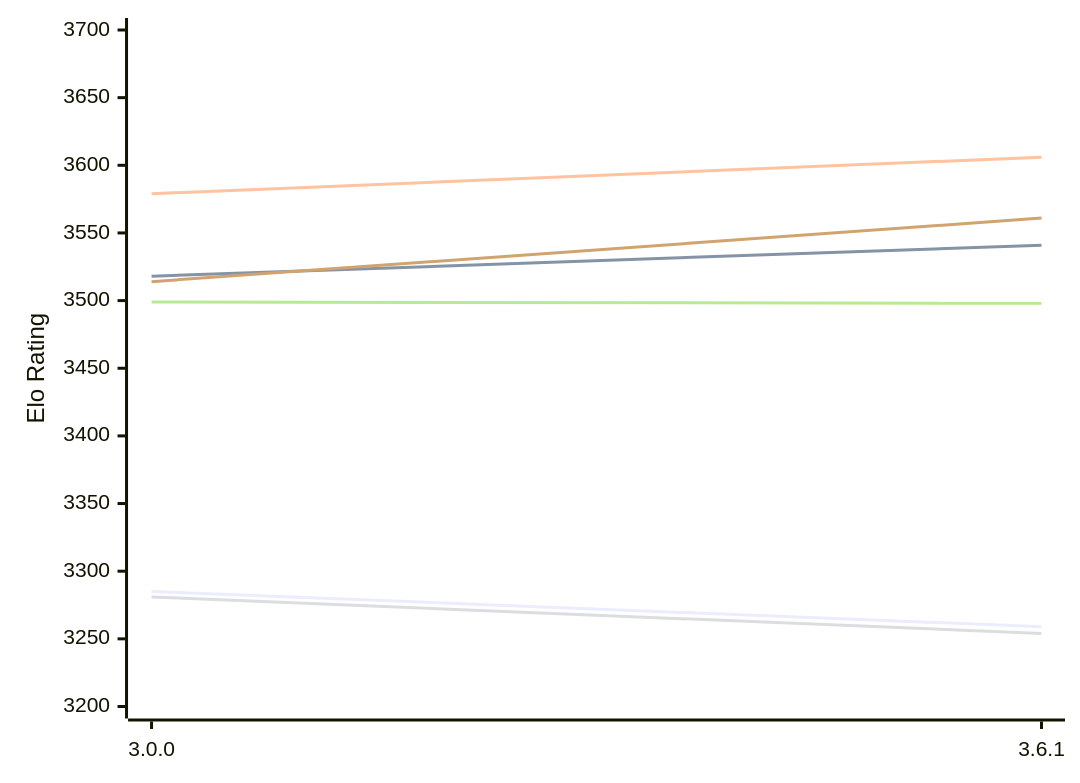
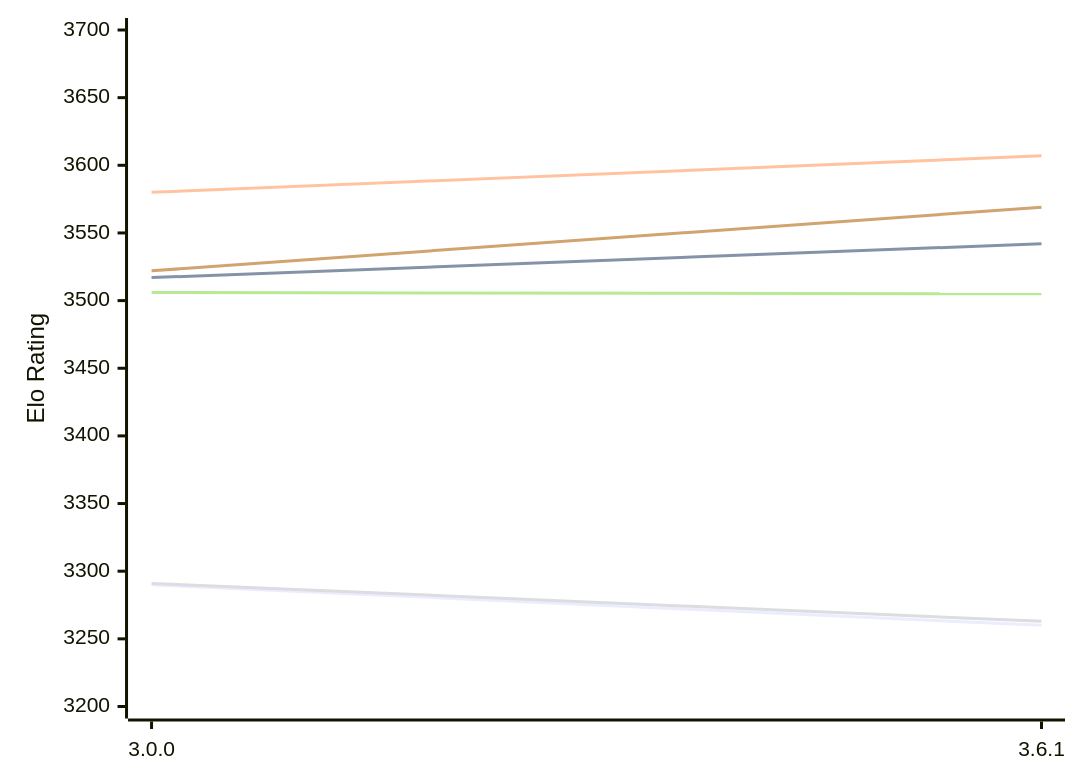
The diagram in engines/Peras.md (computer-chess-index/cci), drawn with Mermaid before and after one commit. The commit also changed other lines of this file, not shown here.

Commit message:
Update CCI Ratings (ELO VLTC) - 2026-11-25

````diff
--- a/engines/Peras.md
+++ b/engines/Peras.md
@@ -49,12 +49,12 @@
 ```mermaid
 %%{init: {"theme":"base","themeVariables":{"seriesColors:['#a3a3a3','#222221','#faa371']}}}%%
 xychart-beta
   x-axis ["3.0.0", "3.6.1"]
   y-axis "Elo Rating" 3200 --> 3700
-  line "E1: STC (8.0+0.08s)" [3285, 3259]
-  line "E1: LTC (60.0+0.60s)" [3518, 3541]
-  line "E1: VLTC (2m24s+1.12s)" [3579, 3606]
-  line "P1: STC (8.0+0.08s)" [3281, 3254]
-  line "P1: LTC (60.0+0.60s)" [3499, 3498]
-  line "P1: VLTC (2m24s+1.12s)" [3514, 3561]
+  line "E1: STC (8.0+0.08s)" [3290, 3260]
+  line "E1: LTC (60.0+0.60s)" [3517, 3542]
+  line "E1: VLTC (2m24s+1.12s)" [3580, 3607]
+  line "P1: STC (8.0+0.08s)" [3291, 3263]
+  line "P1: LTC (60.0+0.60s)" [3506, 3505]
+  line "P1: VLTC (2m24s+1.12s)" [3522, 3569]
 ```
````
